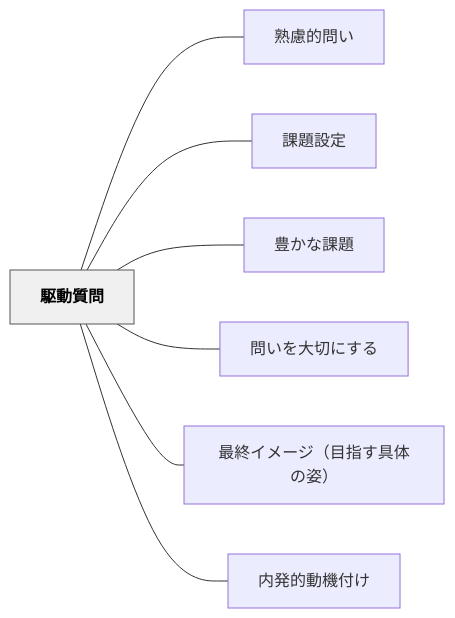
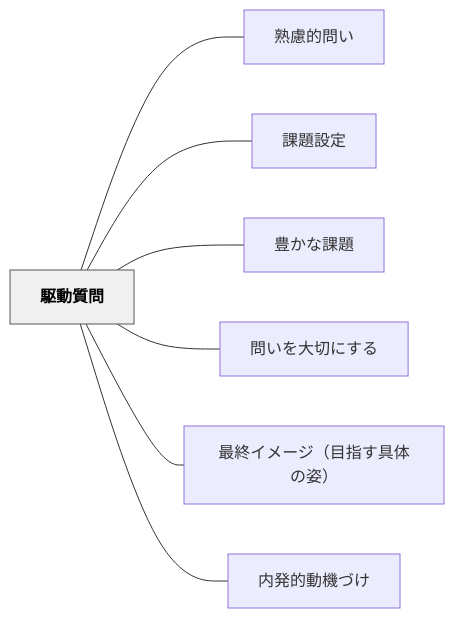
The diagram in content/パタン/駆動質問.md (unknownthings-ed-patterns/unknownthings-ed-patterns), drawn with Mermaid before and after one commit. The commit also changed other lines of this file and 234 other files, not shown here.

````diff
--- a/content/パタン/駆動質問.md
+++ b/content/パタン/駆動質問.md
@@ -43,20 +43,20 @@
 ```mermaid
 flowchart LR
     ne9a786e58b95e8b3aae5958f["駆動質問"]
     ne7869fe685aee79a84e5958fe38184["熟慮的問い"]
     ne8aab2e9a18ce8a8ade5ae9a["課題設定"]
     ne8b18ae3818be381aae8aab2e9a18c["豊かな課題"]
     ne5958fe38184e38292e5a4a7e58887e381abe38199e3828b["問いを大切にする"]
     ne69c80e7b582e382a4e383a1e383bce382b8efbc88e79baee68c87e38199e585b7e4bd93e381aee5a7bfefbc89["最終イメージ（目指す具体の姿）"]
-    ne58685e799bae79a84e58b95e6a99fe4bb98e38191["内発的動機付け"]
+    ne58685e799bae79a84e58b95e6a99fe381a5e38191["内発的動機づけ"]
 
     ne9a786e58b95e8b3aae5958f --- ne7869fe685aee79a84e5958fe38184
     ne9a786e58b95e8b3aae5958f --- ne8aab2e9a18ce8a8ade5ae9a
     ne9a786e58b95e8b3aae5958f --- ne8b18ae3818be381aae8aab2e9a18c
     ne9a786e58b95e8b3aae5958f --- ne5958fe38184e38292e5a4a7e58887e381abe38199e3828b
     ne9a786e58b95e8b3aae5958f --- ne69c80e7b582e382a4e383a1e383bce382b8efbc88e79baee68c87e38199e585b7e4bd93e381aee5a7bfefbc89
-    ne9a786e58b95e8b3aae5958f --- ne58685e799bae79a84e58b95e6a99fe4bb98e38191
+    ne9a786e58b95e8b3aae5958f --- ne58685e799bae79a84e58b95e6a99fe381a5e38191
 
     classDef hub fill:#f0f0f0,stroke:#555,color:#000,font-weight:bold
     class ne9a786e58b95e8b3aae5958f hub
 ```
````
